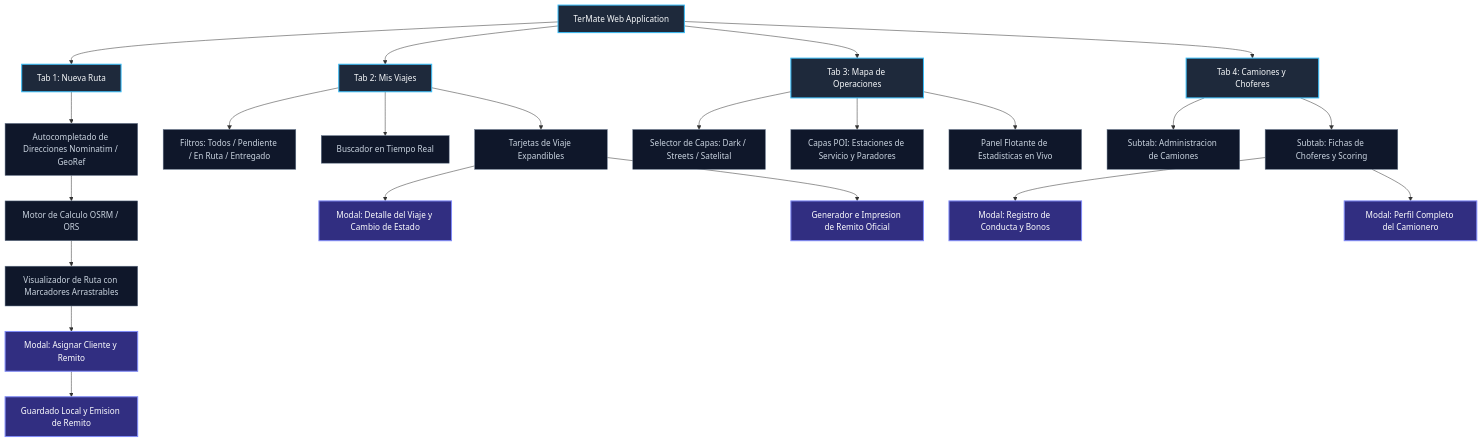
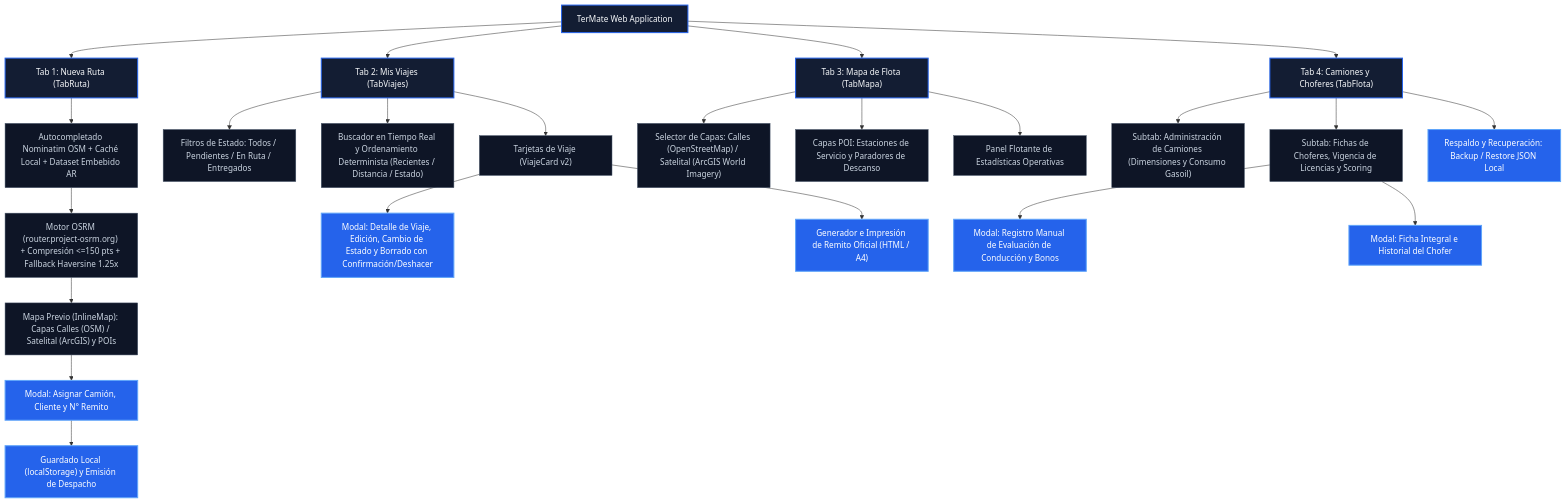
One commit to agus123e21/TerMate changed the first of 4 diagrams in DESIGN.md. Above: the diagram before and after it, drawn with Mermaid. The commit also changed other lines of this file and 5 other files, not shown here.

Commit message:
feat(ui): implementar mejoras de UX, accesibilidad, backup/restore JSON y correcciones de auditoria

````diff
--- a/DESIGN.md
+++ b/DESIGN.md
@@ -11,34 +11,35 @@
 ```mermaid
 graph TD
-    classDef main fill:#1e293b,stroke:#38bdf8,stroke-width:2px,color:#f8fafc;
-    classDef sub fill:#0f172a,stroke:#64748b,stroke-width:1px,color:#cbd5e1;
-    classDef action fill:#312e81,stroke:#818cf8,stroke-width:2px,color:#ffffff;
+    classDef main fill:#131d33,stroke:#2563eb,stroke-width:2px,color:#f8fafc;
+    classDef sub fill:#0e1526,stroke:#475569,stroke-width:1px,color:#cbd5e1;
+    classDef action fill:#2563eb,stroke:#60a5fa,stroke-width:2px,color:#ffffff;
 
-    App[TerMate Web Application]:::main
+    App["TerMate Web Application"]:::main
 
-    App --> TabRuta[Tab 1: Nueva Ruta]:::main
-    App --> TabViajes[Tab 2: Mis Viajes]:::main
-    App --> TabMapa[Tab 3: Mapa de Operaciones]:::main
-    App --> TabFlota[Tab 4: Camiones y Choferes]:::main
+    App --> TabRuta["Tab 1: Nueva Ruta (TabRuta)"]:::main
+    App --> TabViajes["Tab 2: Mis Viajes (TabViajes)"]:::main
+    App --> TabMapa["Tab 3: Mapa de Flota (TabMapa)"]:::main
+    App --> TabFlota["Tab 4: Camiones y Choferes (TabFlota)"]:::main
 
-    TabRuta --> Autocomplete[Autocompletado de Direcciones Nominatim / GeoRef]:::sub
-    Autocomplete --> RoutingEngine[Motor de Calculo OSRM / ORS]:::sub
-    RoutingEngine --> InlineMap[Visualizador de Ruta con Marcadores Arrastrables]:::sub
-    InlineMap --> ModalViaje[Modal: Asignar Cliente y Remito]:::action
-    ModalViaje --> SaveTrip[Guardado Local y Emision de Remito]:::action
+    TabRuta --> Autocomplete["Autocompletado Nominatim OSM + Caché Local + Dataset Embebido AR"]:::sub
+    Autocomplete --> RoutingEngine["Motor OSRM (router.project-osrm.org) + Compresión <=150 pts + Fallback Haversine 1.25x"]:::sub
+    RoutingEngine --> InlineMap["Mapa Previo (InlineMap): Capas Calles (OSM) / Satelital (ArcGIS) y POIs"]:::sub
+    InlineMap --> ModalViaje["Modal: Asignar Camión, Cliente y N° Remito"]:::action
+    ModalViaje --> SaveTrip["Guardado Local (localStorage) y Emisión de Despacho"]:::action
 
-    TabViajes --> FilterBar[Filtros: Todos / Pendiente / En Ruta / Entregado]:::sub
-    TabViajes --> SearchBar[Buscador en Tiempo Real]:::sub
-    TabViajes --> TripCard[Tarjetas de Viaje Expandibles]:::sub
-    TripCard --> ModalDetalle[Modal: Detalle del Viaje y Cambio de Estado]:::action
-    TripCard --> PrintRemito[Generador e Impresion de Remito Oficial]:::action
+    TabViajes --> FilterBar["Filtros de Estado: Todos / Pendientes / En Ruta / Entregados"]:::sub
+    TabViajes --> SearchBar["Buscador en Tiempo Real y Ordenamiento Determinista (Recientes / Distancia / Estado)"]:::sub
+    TabViajes --> TripCard["Tarjetas de Viaje (ViajeCard v2)"]:::sub
+    TripCard --> ModalDetalle["Modal: Detalle de Viaje, Edición, Cambio de Estado y Borrado con Confirmación/Deshacer"]:::action
+    TripCard --> PrintRemito["Generador e Impresión de Remito Oficial (HTML / A4)"]:::action
 
-    TabMapa --> LayerSwitch[Selector de Capas: Dark / Streets / Satelital]:::sub
-    TabMapa --> POISwitch[Capas POI: Estaciones de Servicio y Paradores]:::sub
-    TabMapa --> LiveStats[Panel Flotante de Estadisticas en Vivo]:::sub
+    TabMapa --> LayerSwitch["Selector de Capas: Calles (OpenStreetMap) / Satelital (ArcGIS World Imagery)"]:::sub
+    TabMapa --> POISwitch["Capas POI: Estaciones de Servicio y Paradores de Descanso"]:::sub
+    TabMapa --> LiveStats["Panel Flotante de Estadísticas Operativas"]:::sub
 
-    TabFlota --> SubCamiones[Subtab: Administracion de Camiones]:::sub
-    TabFlota --> SubChoferes[Subtab: Fichas de Choferes y Scoring]:::sub
-    SubChoferes --> ModalConducta[Modal: Registro de Conducta y Bonos]:::action
-    SubChoferes --> ModalPerfil[Modal: Perfil Completo del Camionero]:::action
+    TabFlota --> SubCamiones["Subtab: Administración de Camiones (Dimensiones y Consumo Gasoil)"]:::sub
+    TabFlota --> SubChoferes["Subtab: Fichas de Choferes, Vigencia de Licencias y Scoring"]:::sub
+    TabFlota --> BackupJSON["Respaldo y Recuperación: Backup / Restore JSON Local"]:::action
+    SubChoferes --> ModalConducta["Modal: Registro Manual de Evaluación de Conducción y Bonos"]:::action
+    SubChoferes --> ModalPerfil["Modal: Ficha Integral e Historial del Chofer"]:::action
 ```
````
